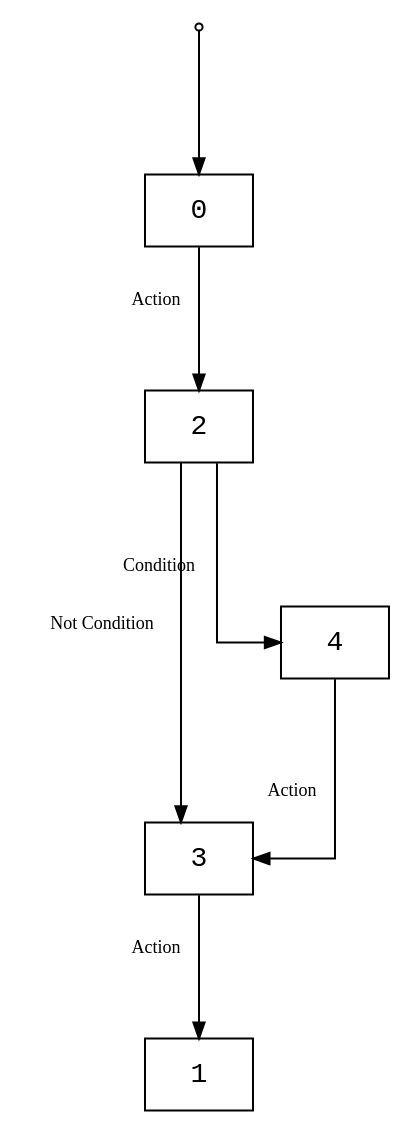
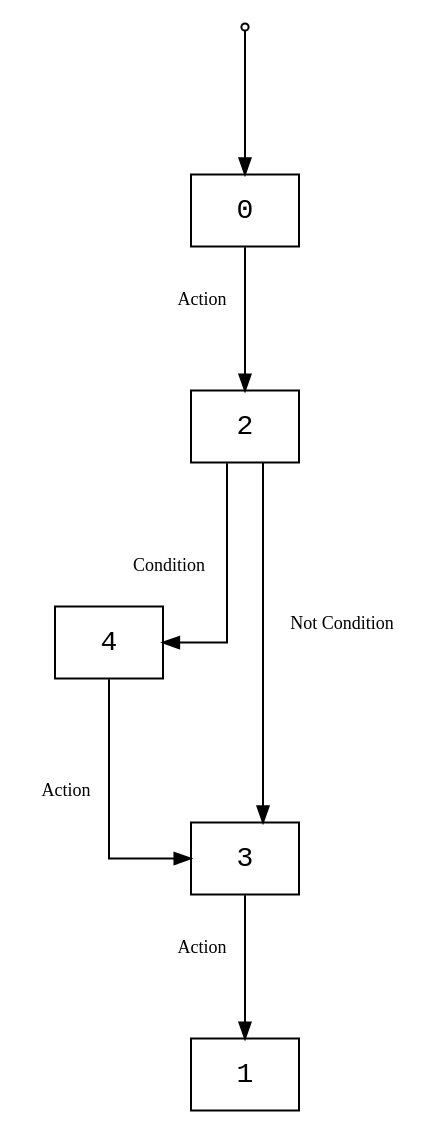
One commit to mentalcardgames/mcg changed the diagram in front_end/tests_out/conditional.dot. Above: the diagram before and after it, drawn with Graphviz. The commit also changed other lines of this file and 20 other files, not shown here.

```diff
--- a/front_end/tests_out/conditional.dot
+++ b/front_end/tests_out/conditional.dot
@@ -1,12 +1,12 @@
 digraph CFG {
   graph [splines=ortho, nodesep=1.0, ranksep=1.0, concentrate=true];
   node [shape=box, fontname="Consolas, 'Courier New', monospace", style=filled, fillcolor="#ffffff", bordercolor="#333333"];
   edge [fontname="Consolas", fontsize=9, arrowsize=0.8];
   entry [shape=point];
   entry -> 0;
-  3 -> 1 [xlabel=" Action "];
   4 -> 3 [xlabel=" Action "];
   0 -> 2 [xlabel=" Action "];
+  3 -> 1 [xlabel=" Action "];
   2 -> 4 [xlabel=" Condition "];
   2 -> 3 [xlabel=" Not Condition "];
 }
```
